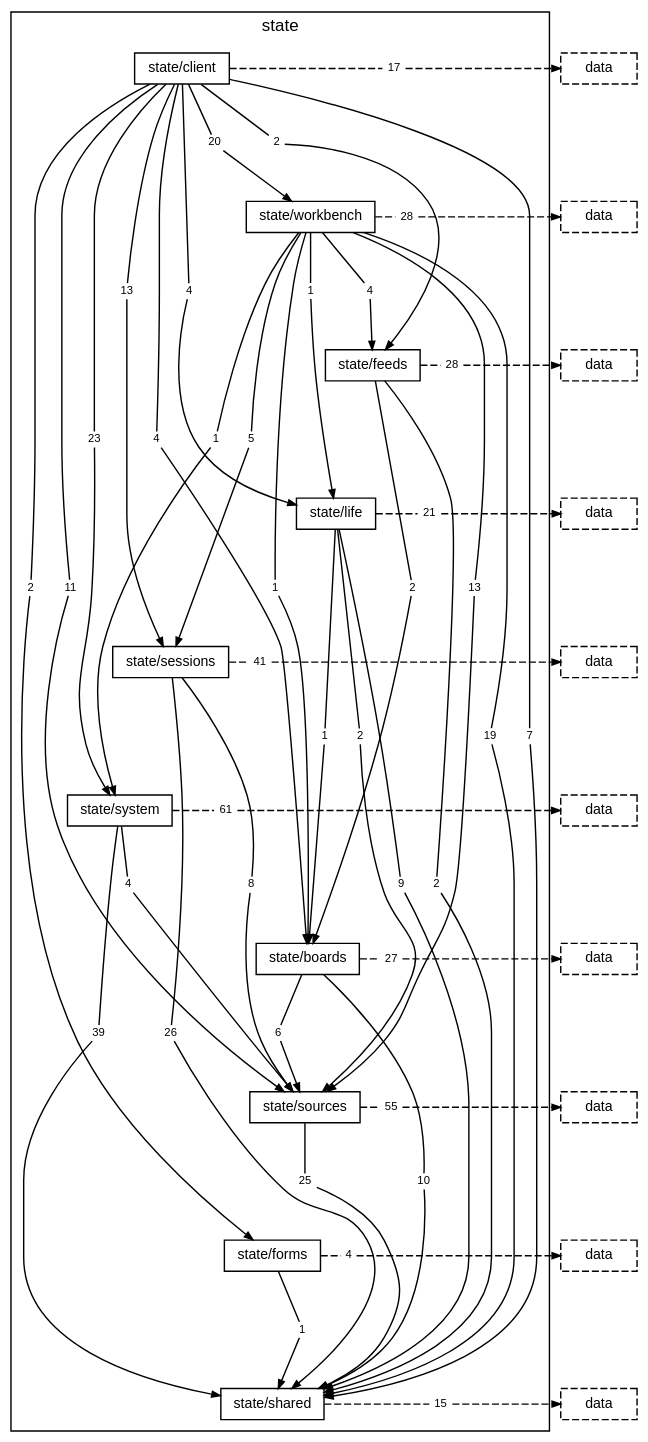
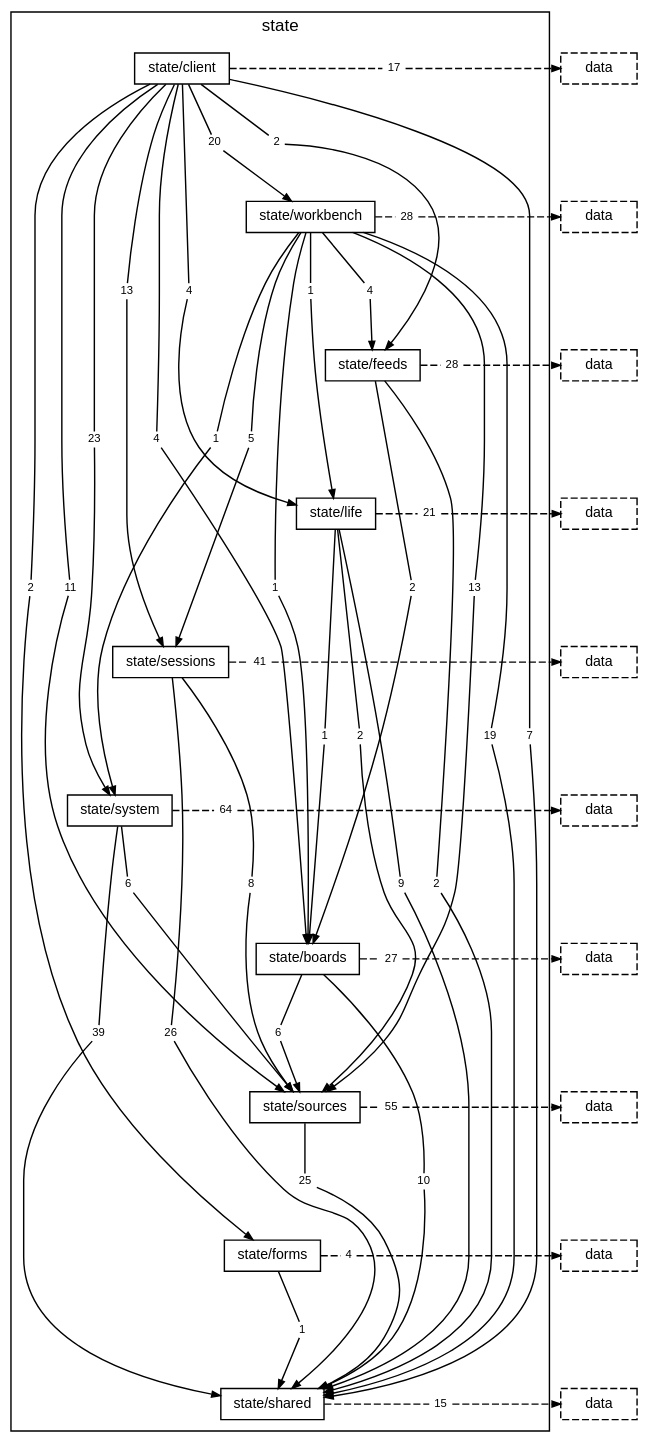
The diagram in docs/diagrams/layer-state.dot (TheAxeC/oculus), drawn with Graphviz before and after one commit. The commit also changed 113 other files, not shown here.

First line of the commit message:
Land D50: the hub's own folder, its shareable files and its settings layer

```diff
--- a/docs/diagrams/layer-state.dot
+++ b/docs/diagrams/layer-state.dot
@@ -43,8 +43,8 @@
         "folder state/sessions to folder state/sources" [label="8", shape=box, color="transparent", fontsize=8, width=0, height=0, margin="0.04,0.02"];
         "folder state/sessions to layer data" [label="41", shape=box, color="transparent", fontsize=8, width=0, height=0, margin="0.04,0.02"];
         "folder state/system to folder state/shared" [label="39", shape=box, color="transparent", fontsize=8, width=0, height=0, margin="0.04,0.02"];
-        "folder state/system to folder state/sources" [label="4", shape=box, color="transparent", fontsize=8, width=0, height=0, margin="0.04,0.02"];
-        "folder state/system to layer data" [label="61", shape=box, color="transparent", fontsize=8, width=0, height=0, margin="0.04,0.02"];
+        "folder state/system to folder state/sources" [label="6", shape=box, color="transparent", fontsize=8, width=0, height=0, margin="0.04,0.02"];
+        "folder state/system to layer data" [label="64", shape=box, color="transparent", fontsize=8, width=0, height=0, margin="0.04,0.02"];
         "folder state/boards to folder state/shared" [label="10", shape=box, color="transparent", fontsize=8, width=0, height=0, margin="0.04,0.02"];
         "folder state/boards to folder state/sources" [label="6", shape=box, color="transparent", fontsize=8, width=0, height=0, margin="0.04,0.02"];
         "folder state/boards to layer data" [label="27", shape=box, color="transparent", fontsize=8, width=0, height=0, margin="0.04,0.02"];
```
